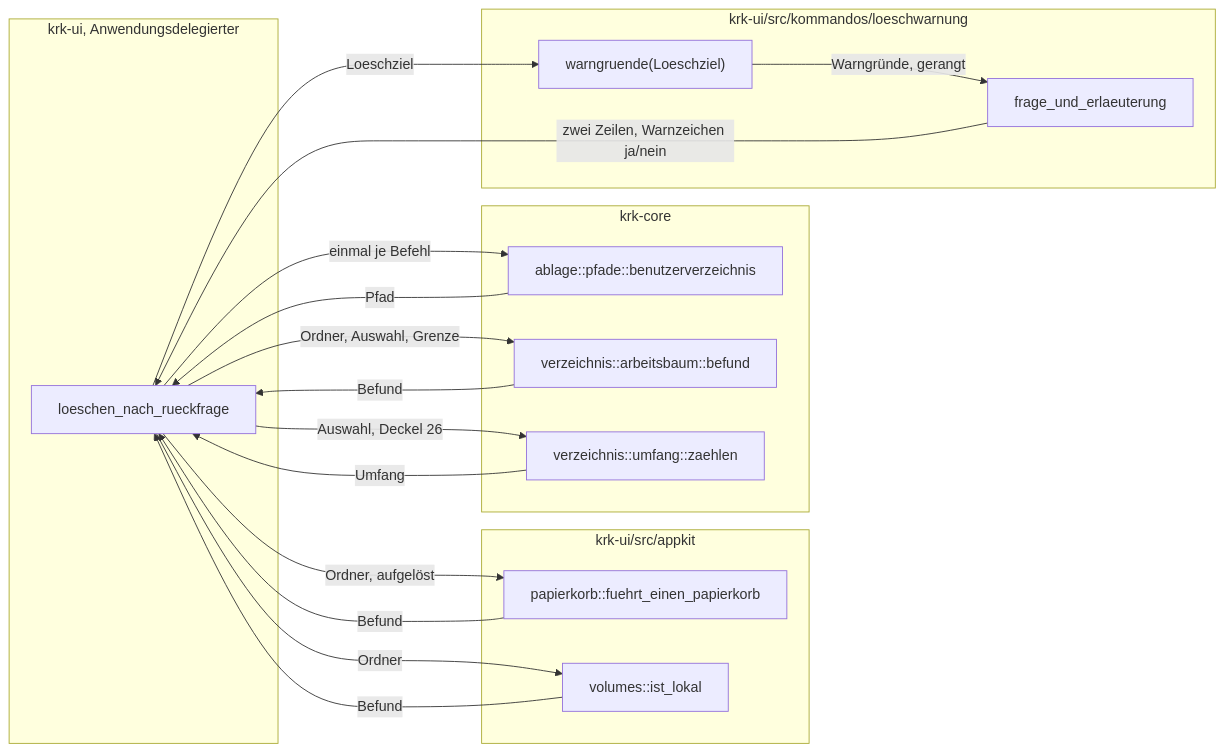
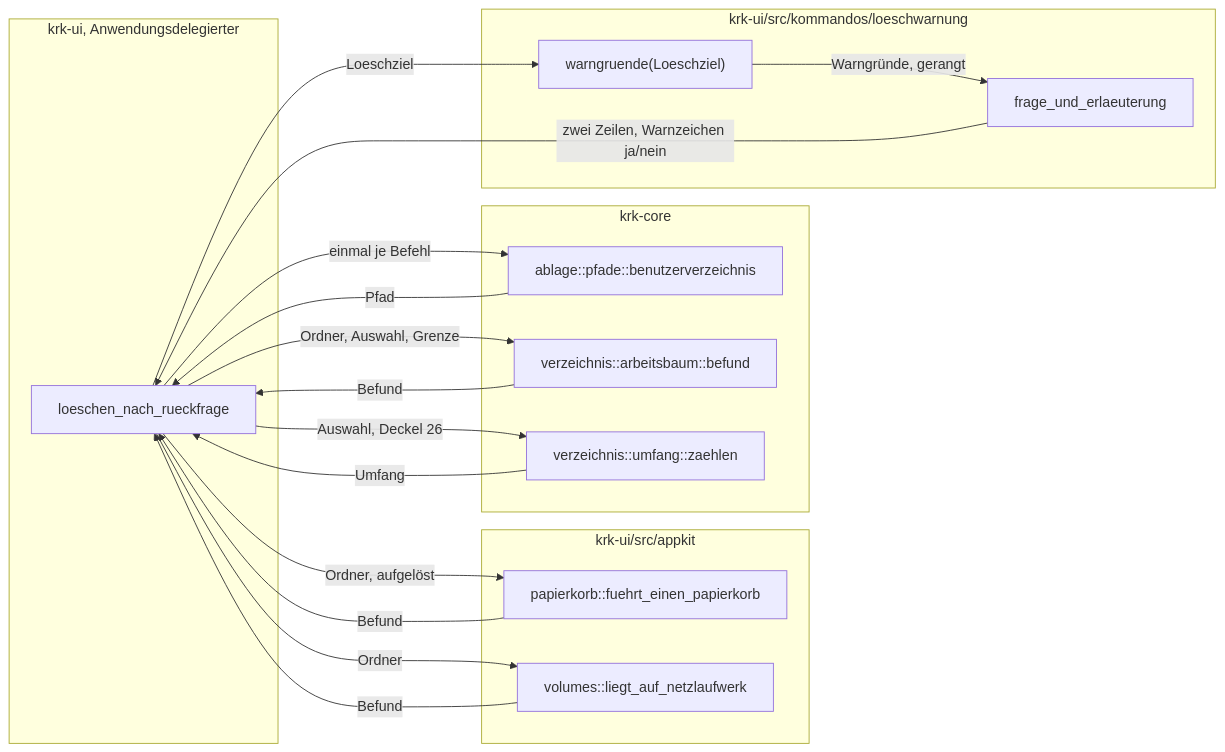
The second of 3 diagrams in fusion-workbench/circles/260817-0833-jeder-loeschweg-mit-rueckfrage-und-nur-noch-papierkorb/planning/260817-0856_o_plan-absicherung-jedes-loeschwegs.md (tenzoki/krk), drawn with Mermaid before and after one commit. The commit also changed other lines of this file and 9 other files, not shown here.

````diff
--- a/fusion-workbench/circles/260817-0833-jeder-loeschweg-mit-rueckfrage-und-nur-noch-papierkorb/planning/260817-0856_o_plan-absicherung-jedes-loeschwegs.md
+++ b/fusion-workbench/circles/260817-0833-jeder-loeschweg-mit-rueckfrage-und-nur-noch-papierkorb/planning/260817-0856_o_plan-absicherung-jedes-loeschwegs.md
@@ -76,33 +76,33 @@
 ```mermaid
 flowchart LR
     subgraph ui["krk-ui, Anwendungsdelegierter"]
         D["loeschen_nach_rueckfrage"]
     end
     subgraph appkit["krk-ui/src/appkit"]
         PK["papierkorb::fuehrt_einen_papierkorb"]
-        VL["volumes::ist_lokal"]
+        VL["volumes::liegt_auf_netzlaufwerk"]
     end
     subgraph kern["krk-core"]
         BV["ablage::pfade::benutzerverzeichnis"]
         AB["verzeichnis::arbeitsbaum::befund"]
         UM["verzeichnis::umfang::zaehlen"]
     end
     subgraph regel["krk-ui/src/kommandos/loeschwarnung"]
         WG["warngruende(Loeschziel)"]
         TX["frage_und_erlaeuterung"]
     end
 
     D -->|"Ordner, aufgelöst"| PK
     D -->|"Ordner"| VL
     D -->|"einmal je Befehl"| BV
     D -->|"Ordner, Auswahl, Grenze"| AB
     D -->|"Auswahl, Deckel 26"| UM
     PK -->|Befund| D
     VL -->|Befund| D
     BV -->|Pfad| D
     AB -->|Befund| D
     UM -->|Umfang| D
     D -->|Loeschziel| WG
     WG -->|"Warngründe, gerangt"| TX
     TX -->|"zwei Zeilen, Warnzeichen ja/nein"| D
 ```
````
